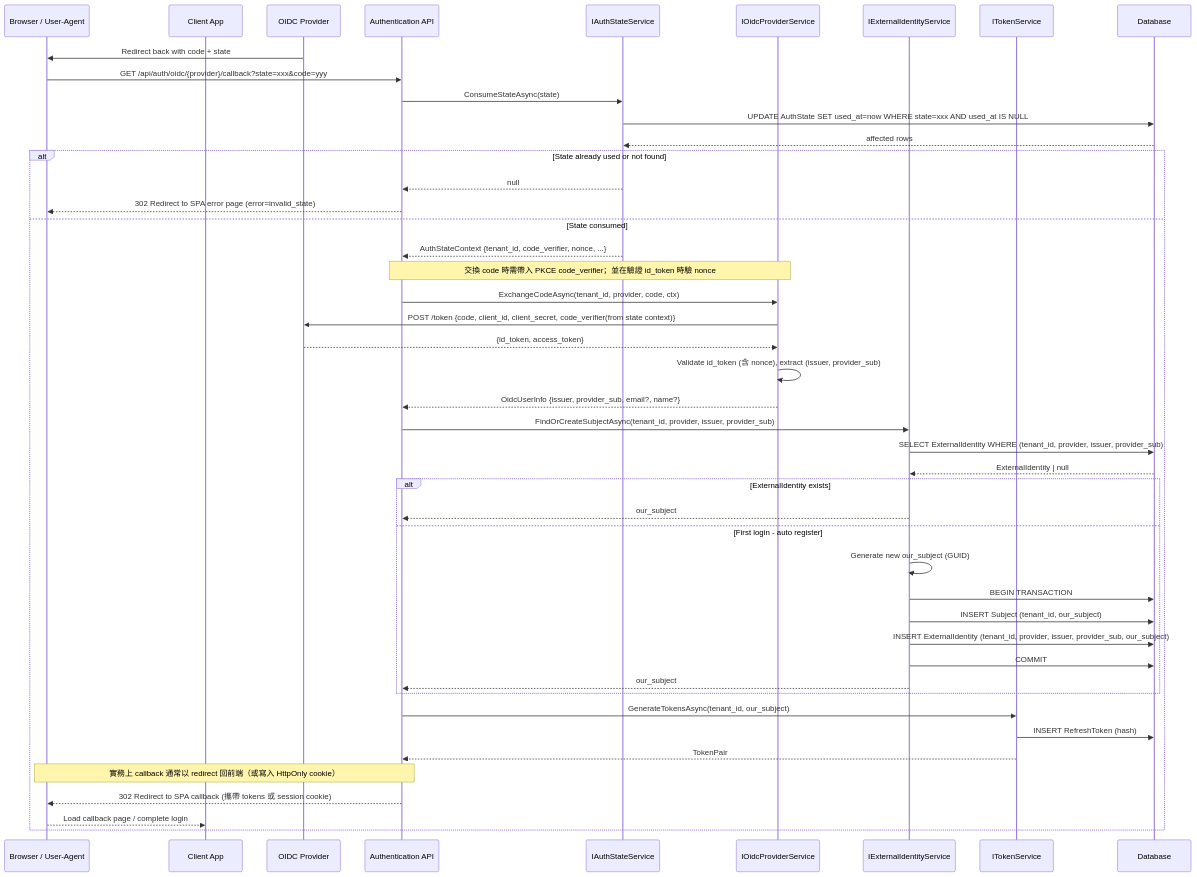
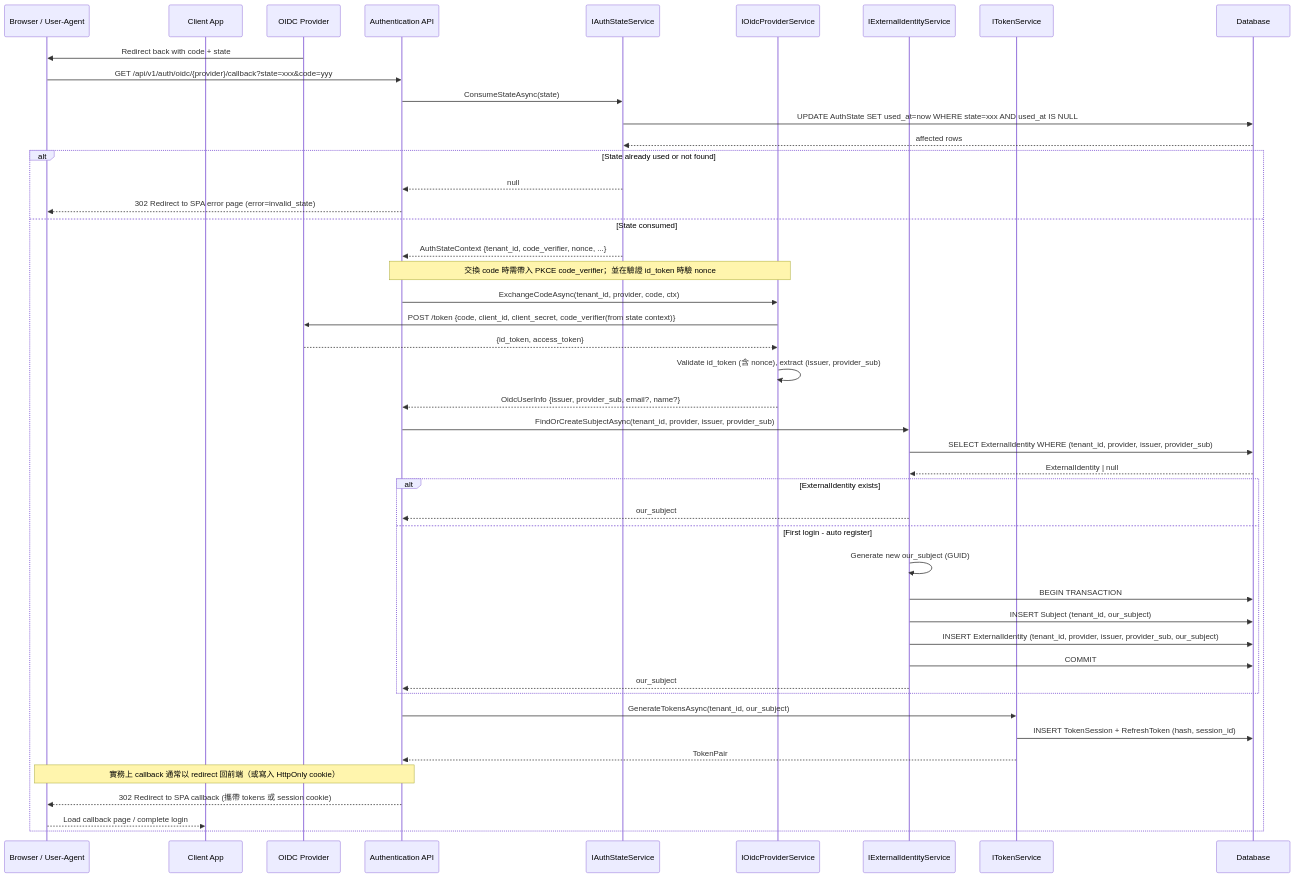
The fourth of 12 diagrams in docs/SequenceDiagrams.md (Bird73/Service), drawn with Mermaid before and after one commit. The commit also changed other lines of this file and 57 other files, not shown here.

````diff
--- a/docs/SequenceDiagrams.md
+++ b/docs/SequenceDiagrams.md
@@ -113,53 +114,53 @@
 ```mermaid
 sequenceDiagram
     participant B as Browser / User-Agent
     participant SPA as Client App
     participant P as OIDC Provider
     participant API as Authentication API
     participant SS as IAuthStateService
     participant PS as IOidcProviderService
     participant ES as IExternalIdentityService
     participant TS as ITokenService
     participant DB as Database
 
     P->>B: Redirect back with code + state
-    B->>API: GET /api/auth/oidc/{provider}/callback?state=xxx&code=yyy
+    B->>API: GET /api/v1/auth/oidc/{provider}/callback?state=xxx&code=yyy
     API->>SS: ConsumeStateAsync(state)
     SS->>DB: UPDATE AuthState SET used_at=now WHERE state=xxx AND used_at IS NULL
     DB-->>SS: affected rows
 
     alt State already used or not found
         SS-->>API: null
         API-->>B: 302 Redirect to SPA error page (error=invalid_state)
     else State consumed
         SS-->>API: AuthStateContext {tenant_id, code_verifier, nonce, ...}
         note over API,PS: 交換 code 時需帶入 PKCE code_verifier；並在驗證 id_token 時驗 nonce
         API->>PS: ExchangeCodeAsync(tenant_id, provider, code, ctx)
         PS->>P: POST /token {code, client_id, client_secret, code_verifier(from state context)}
         P-->>PS: {id_token, access_token}
         PS->>PS: Validate id_token (含 nonce), extract (issuer, provider_sub)
         PS-->>API: OidcUserInfo {issuer, provider_sub, email?, name?}
 
         API->>ES: FindOrCreateSubjectAsync(tenant_id, provider, issuer, provider_sub)
         ES->>DB: SELECT ExternalIdentity WHERE (tenant_id, provider, issuer, provider_sub)
         DB-->>ES: ExternalIdentity | null
 
         alt ExternalIdentity exists
             ES-->>API: our_subject
         else First login - auto register
             ES->>ES: Generate new our_subject (GUID)
             ES->>DB: BEGIN TRANSACTION
             ES->>DB: INSERT Subject (tenant_id, our_subject)
             ES->>DB: INSERT ExternalIdentity (tenant_id, provider, issuer, provider_sub, our_subject)
             ES->>DB: COMMIT
             ES-->>API: our_subject
         end
 
         API->>TS: GenerateTokensAsync(tenant_id, our_subject)
-        TS->>DB: INSERT RefreshToken (hash)
+        TS->>DB: INSERT TokenSession + RefreshToken (hash, session_id)
         TS-->>API: TokenPair
         note over API,B: 實務上 callback 通常以 redirect 回前端（或寫入 HttpOnly cookie）
         API-->>B: 302 Redirect to SPA callback (攜帶 tokens 或 session cookie)
         B-->>SPA: Load callback page / complete login
     end
 ```
````
